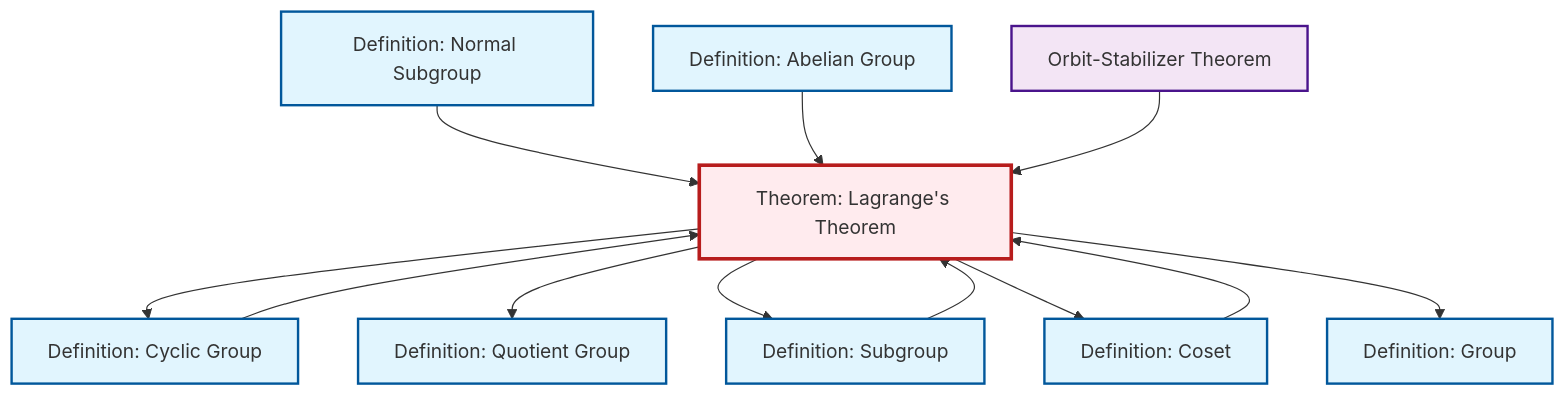
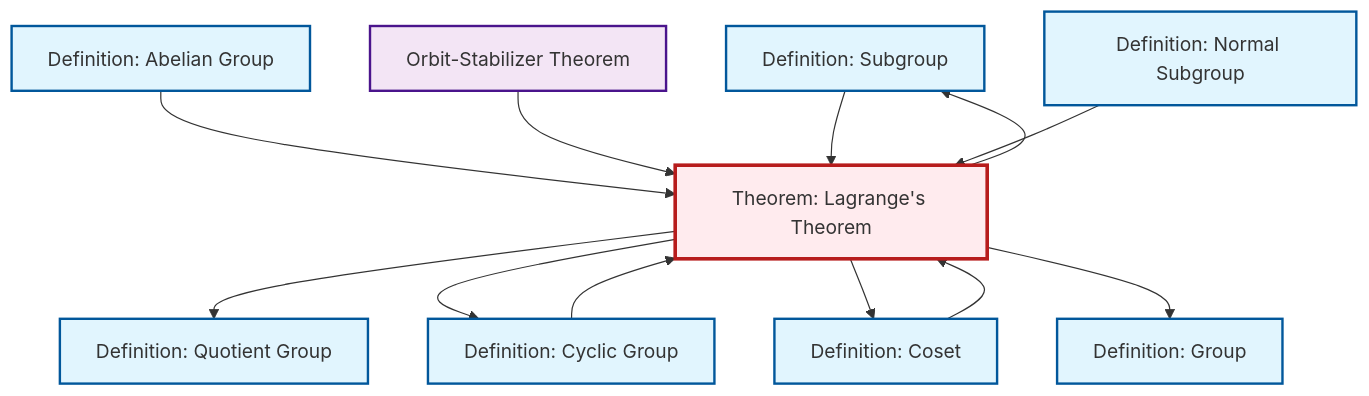
The diagram in content/en/algebra/thm-lagrange.qmd (RK0429/ModernMath), drawn with Mermaid before and after one commit. The commit also changed other lines of this file and 615 other files, not shown here.

````diff
--- a/content/en/algebra/thm-lagrange.qmd
+++ b/content/en/algebra/thm-lagrange.qmd
@@ -49,38 +49,38 @@
 ```{mermaid}
 %%| fig-cap: "Local dependency graph"
 graph TD
     classDef definition fill:#e1f5fe,stroke:#01579b,stroke-width:2px
     classDef theorem fill:#f3e5f5,stroke:#4a148c,stroke-width:2px
     classDef axiom fill:#fff3e0,stroke:#e65100,stroke-width:2px
     classDef example fill:#e8f5e9,stroke:#1b5e20,stroke-width:2px
     classDef current fill:#ffebee,stroke:#b71c1c,stroke-width:3px
-    def-abelian-group["Definition: Abelian Group"]:::definition
-    def-quotient-group["Definition: Quotient Group"]:::definition
+    def-group["Definition: Group"]:::definition
+    def-subgroup["Definition: Subgroup"]:::definition
     def-cyclic-group["Definition: Cyclic Group"]:::definition
     thm-lagrange["Theorem: Lagrange's Theorem"]:::theorem
+    def-abelian-group["Definition: Abelian Group"]:::definition
+    thm-orbit-stabilizer["Orbit-Stabilizer Theorem"]:::theorem
     def-coset["Definition: Coset"]:::definition
     def-normal-subgroup["Definition: Normal Subgroup"]:::definition
-    def-group["Definition: Group"]:::definition
-    thm-orbit-stabilizer["Orbit-Stabilizer Theorem"]:::theorem
-    def-subgroup["Definition: Subgroup"]:::definition
+    def-quotient-group["Definition: Quotient Group"]:::definition
+    def-abelian-group --> thm-lagrange
+    thm-lagrange --> def-quotient-group
+    def-cyclic-group --> thm-lagrange
     thm-lagrange --> def-cyclic-group
-    thm-lagrange --> def-quotient-group
+    thm-orbit-stabilizer --> thm-lagrange
+    def-subgroup --> thm-lagrange
+    def-coset --> thm-lagrange
     thm-lagrange --> def-subgroup
-    def-cyclic-group --> thm-lagrange
     def-normal-subgroup --> thm-lagrange
     thm-lagrange --> def-coset
-    def-abelian-group --> thm-lagrange
-    thm-orbit-stabilizer --> thm-lagrange
     thm-lagrange --> def-group
-    def-subgroup --> thm-lagrange
-    def-coset --> thm-lagrange
     class thm-lagrange current
+    click def-group "def-group.html" "Go to Group definition"
+    click def-subgroup "def-subgroup.html" "Go to Subgroup definition"
+    click def-cyclic-group "def-cyclic-group.html" "Go to Cyclic Group definition"
     click def-abelian-group "def-abelian-group.html" "Go to Abelian Group definition"
-    click def-quotient-group "def-quotient-group.html" "Go to Quotient Group definition"
-    click def-cyclic-group "def-cyclic-group.html" "Go to Cyclic Group definition"
+    click thm-orbit-stabilizer "thm-orbit-stabilizer.html" "Go to Orbit-Stabilizer Theorem"
     click def-coset "def-coset.html" "Go to Coset definition"
     click def-normal-subgroup "def-normal-subgroup.html" "Go to Normal Subgroup definition"
-    click def-group "def-group.html" "Go to Group definition"
-    click thm-orbit-stabilizer "thm-orbit-stabilizer.html" "Go to Orbit-Stabilizer Theorem"
-    click def-subgroup "def-subgroup.html" "Go to Subgroup definition"
+    click def-quotient-group "def-quotient-group.html" "Go to Quotient Group definition"
 ```
````
